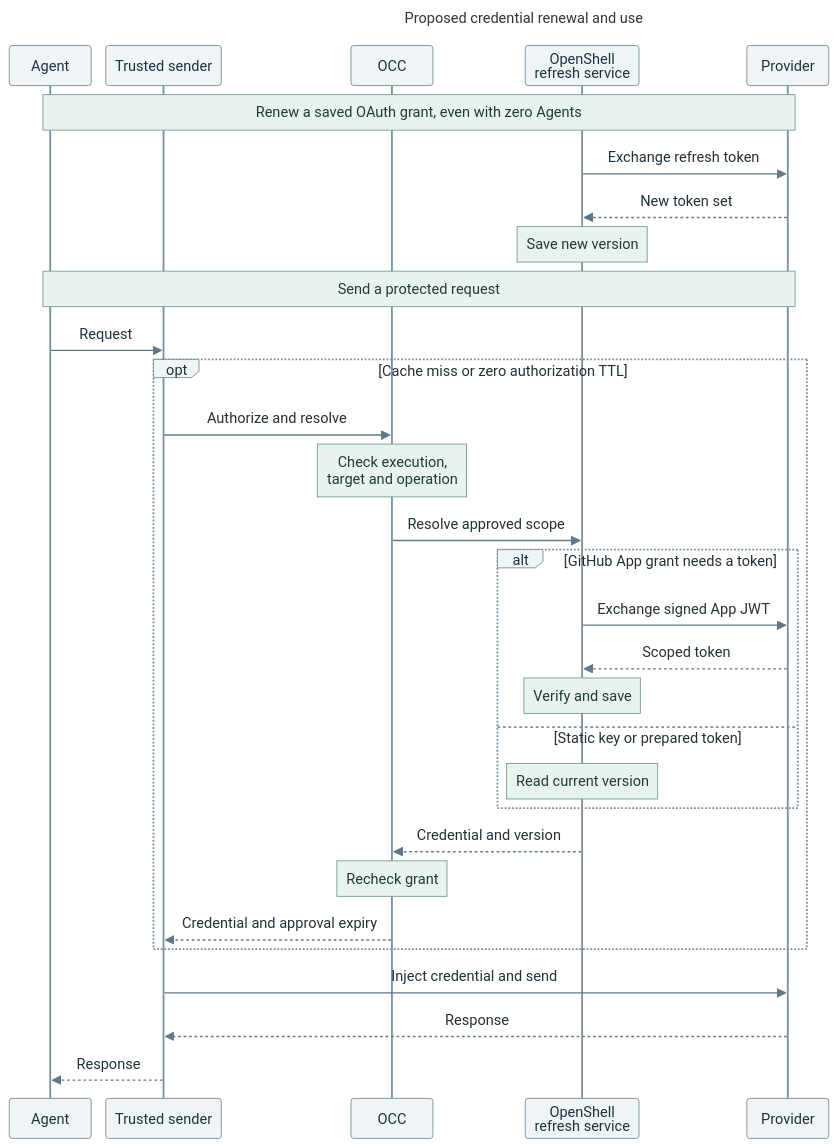
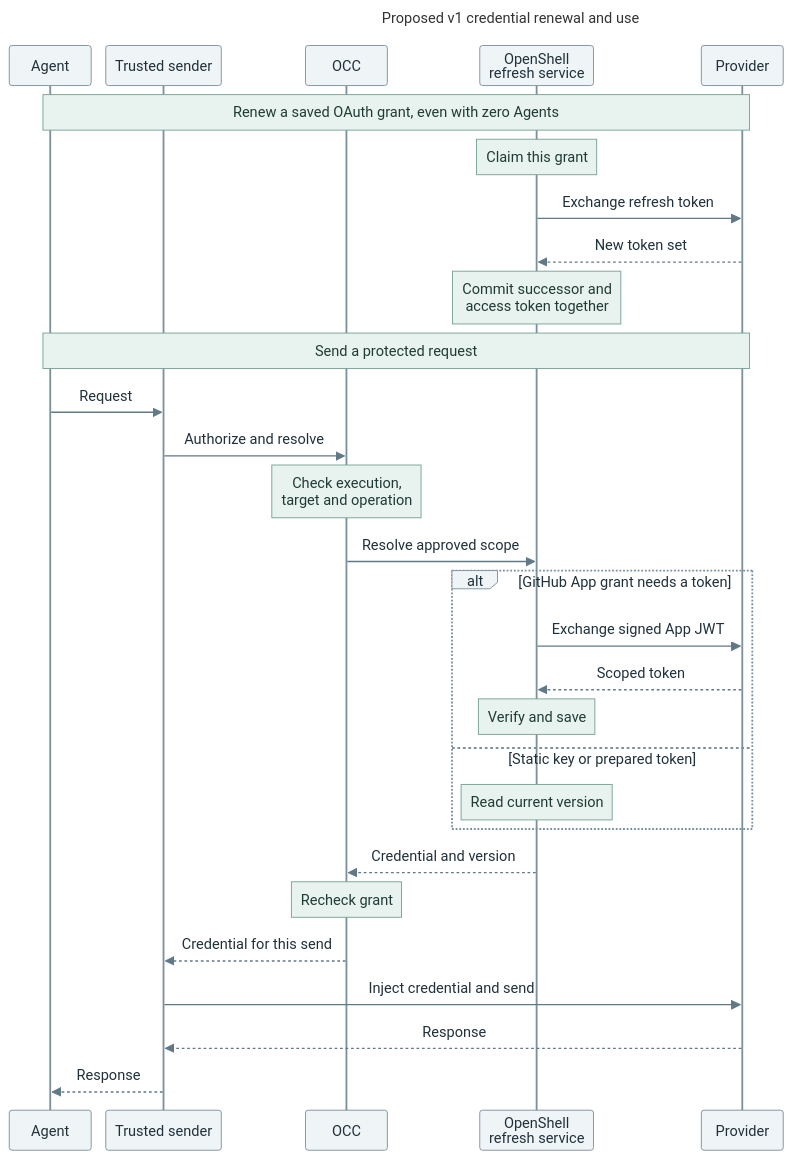
Before and after one commit to openclaw/openclaw-enterprise: the diagram in specs/rfcs/0030-openshell-credential-service/request-lifecycle.mmd, drawn with Mermaid. The commit also changed 4 other files, not shown here.

```diff
--- a/specs/rfcs/0030-openshell-credential-service/request-lifecycle.mmd
+++ b/specs/rfcs/0030-openshell-credential-service/request-lifecycle.mmd
@@ -1,55 +1,54 @@
 ---
-title: Proposed credential renewal and use
+title: Proposed v1 credential renewal and use
 config:
   theme: base
   themeVariables:
     fontFamily: "Arial, sans-serif"
     actorBkg: "#eff4f7"
     actorBorder: "#7b909d"
     actorTextColor: "#20313b"
     noteBkgColor: "#e8f3ef"
     noteBorderColor: "#75a191"
     noteTextColor: "#203b35"
     signalColor: "#617887"
     signalTextColor: "#20313b"
   sequence:
     useMaxWidth: false
     mirrorActors: true
     actorMargin: 16
     width: 90
     height: 44
     diagramMarginX: 8
     diagramMarginY: 10
     messageMargin: 18
     wrap: false
 ---
 sequenceDiagram
     participant A as Agent
     participant S as Trusted sender
     participant O as OCC
     participant I as OpenShell<br/>refresh service
     participant P as Provider
     Note over A,P: Renew a saved OAuth grant, even with zero Agents
+    Note over I: Claim this grant
     I->>P: Exchange refresh token
     P-->>I: New token set
-    Note over I: Save new version
+    Note over I: Commit successor and<br/>access token together
     Note over A,P: Send a protected request
     A->>S: Request
-    opt Cache miss or zero authorization TTL
-        S->>O: Authorize and resolve
-        Note over O: Check execution,<br/>target and operation
-        O->>I: Resolve approved scope
-        alt GitHub App grant needs a token
-            I->>P: Exchange signed App JWT
-            P-->>I: Scoped token
-            Note over I: Verify and save
-        else Static key or prepared token
-            Note over I: Read current version
-        end
-        I-->>O: Credential and version
-        Note over O: Recheck grant
-        O-->>S: Credential and approval expiry
+    S->>O: Authorize and resolve
+    Note over O: Check execution,<br/>target and operation
+    O->>I: Resolve approved scope
+    alt GitHub App grant needs a token
+        I->>P: Exchange signed App JWT
+        P-->>I: Scoped token
+        Note over I: Verify and save
+    else Static key or prepared token
+        Note over I: Read current version
     end
+    I-->>O: Credential and version
+    Note over O: Recheck grant
+    O-->>S: Credential for this send
     S->>P: Inject credential and send
     P-->>S: Response
     S-->>A: Response
```
